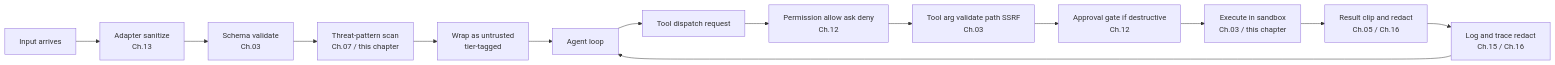
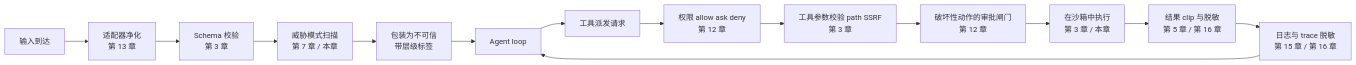
One commit to ocxers/agentic-ai-system-course-zh changed the second of 2 diagrams in course-zh/18-safety-adversarial-inputs.md. Above: the diagram before and after it, drawn with Mermaid. The commit also changed other lines of this file and 14 other files, not shown here.

````diff
--- a/course-zh/18-safety-adversarial-inputs.md
+++ b/course-zh/18-safety-adversarial-inputs.md
@@ -237,16 +237,16 @@
 ```mermaid
 flowchart LR
-    In["Input arrives"] --> SaniA["Adapter sanitize<br/>Ch.13"]
-    SaniA --> SchemaIn["Schema validate<br/>Ch.03"]
-    SchemaIn --> ThreatScan["Threat-pattern scan<br/>Ch.07 / this chapter"]
-    ThreatScan --> Label["Wrap as untrusted<br/>tier-tagged"]
+    In["输入到达"] --> SaniA["适配器净化<br/>第 13 章"]
+    SaniA --> SchemaIn["Schema 校验<br/>第 3 章"]
+    SchemaIn --> ThreatScan["威胁模式扫描<br/>第 7 章 / 本章"]
+    ThreatScan --> Label["包装为不可信<br/>带层级标签"]
     Label --> Loop["Agent loop"]
-    Loop --> ToolReq["Tool dispatch request"]
-    ToolReq --> PermCheck["Permission allow ask deny<br/>Ch.12"]
-    PermCheck --> ToolValidate["Tool arg validate path SSRF<br/>Ch.03"]
-    ToolValidate --> Approval["Approval gate if destructive<br/>Ch.12"]
-    Approval --> Execute["Execute in sandbox<br/>Ch.03 / this chapter"]
-    Execute --> ResultClip["Result clip and redact<br/>Ch.05 / Ch.16"]
-    ResultClip --> LogRedact["Log and trace redact<br/>Ch.15 / Ch.16"]
+    Loop --> ToolReq["工具派发请求"]
+    ToolReq --> PermCheck["权限 allow ask deny<br/>第 12 章"]
+    PermCheck --> ToolValidate["工具参数校验 path SSRF<br/>第 3 章"]
+    ToolValidate --> Approval["破坏性动作的审批闸门<br/>第 12 章"]
+    Approval --> Execute["在沙箱中执行<br/>第 3 章 / 本章"]
+    Execute --> ResultClip["结果 clip 与脱敏<br/>第 5 章 / 第 16 章"]
+    ResultClip --> LogRedact["日志与 trace 脱敏<br/>第 15 章 / 第 16 章"]
     LogRedact --> Loop
 ```
````
